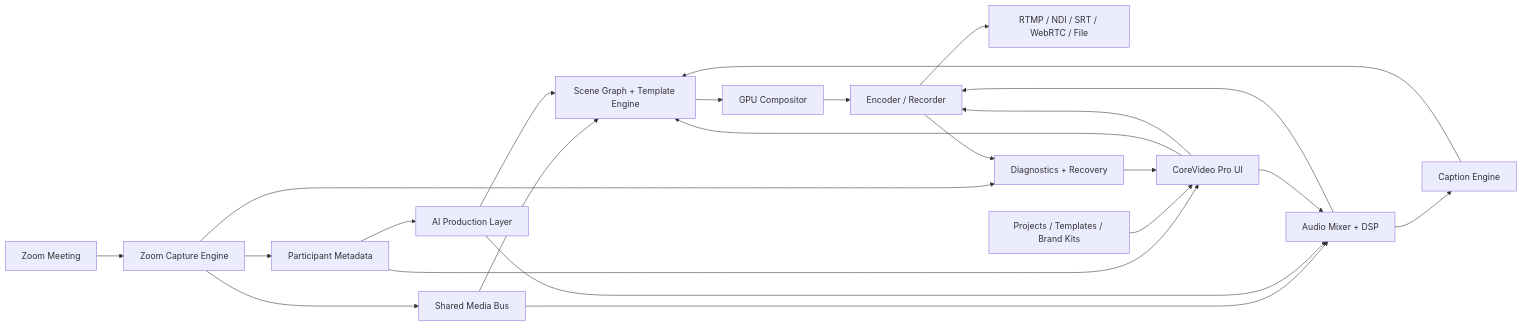
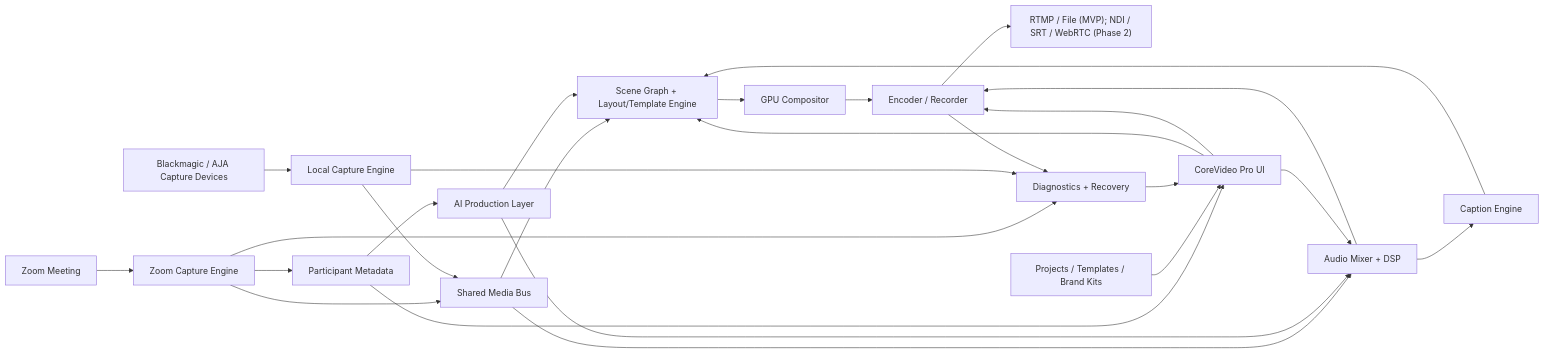
The diagram in COREVIDEO_PRO_PRODUCT_SPEC.md (iamfatness/CoreVideoPro), drawn with Mermaid before and after one commit. The commit also changed other lines of this file, not shown here.

First line of the commit message:
Integrate hybrid Blackmagic/AJA capture and reordered MVP priorities into product spec

````diff
--- a/COREVIDEO_PRO_PRODUCT_SPEC.md
+++ b/COREVIDEO_PRO_PRODUCT_SPEC.md
@@ -387,40 +382,45 @@
 ```mermaid
 flowchart LR
     Zoom["Zoom Meeting"]
     ZoomEngine["Zoom Capture Engine"]
+    CaptureDevices["Blackmagic / AJA Capture Devices"]
+    CaptureEngine["Local Capture Engine"]
     Bus["Shared Media Bus"]
     Metadata["Participant Metadata"]
     AI["AI Production Layer"]
-    Scene["Scene Graph + Template Engine"]
+    Scene["Scene Graph + Layout/Template Engine"]
     Caption["Caption Engine"]
     GPU["GPU Compositor"]
     Audio["Audio Mixer + DSP"]
     Encoder["Encoder / Recorder"]
-    Outputs["RTMP / NDI / SRT / WebRTC / File"]
+    Outputs["RTMP / File (MVP); NDI / SRT / WebRTC (Phase 2)"]
     UI["CoreVideo Pro UI"]
     Project["Projects / Templates / Brand Kits"]
     Health["Diagnostics + Recovery"]
 
     Zoom --> ZoomEngine
+    CaptureDevices --> CaptureEngine
     ZoomEngine --> Bus
+    CaptureEngine --> Bus
     ZoomEngine --> Metadata
     Bus --> Scene
     Bus --> Audio
     Metadata --> AI
     Metadata --> UI
     AI --> Scene
     AI --> Audio
     Audio --> Caption
     Caption --> Scene
     UI --> Scene
     UI --> Audio
     UI --> Encoder
     Project --> UI
     Scene --> GPU
     GPU --> Encoder
     Audio --> Encoder
     Encoder --> Outputs
     ZoomEngine --> Health
+    CaptureEngine --> Health
     Encoder --> Health
     Health --> UI
 ```
````
